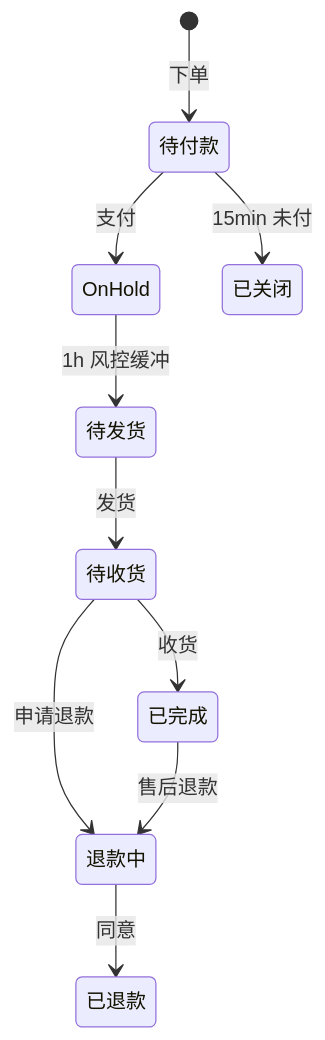
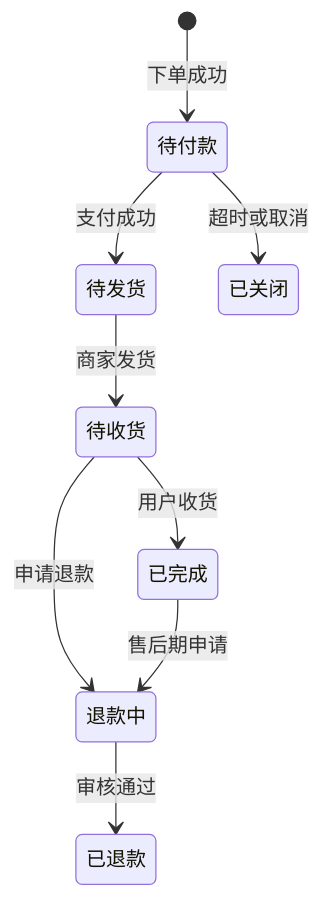
One commit to RedInn7/gomall changed the seventh of 7 diagrams in docs/lecture/00-overview.md. Above: the diagram before and after it, drawn with Mermaid. The commit also changed other lines of this file and 2 other files, not shown here.

````diff
--- a/docs/lecture/00-overview.md
+++ b/docs/lecture/00-overview.md
@@ -405,12 +200,11 @@
 ```mermaid
 stateDiagram-v2
-    [*] --> 待付款: 下单
-    待付款 --> OnHold: 支付
-    OnHold --> 待发货: 1h 风控缓冲
-    待发货 --> 待收货: 发货
-    待收货 --> 已完成: 收货
-    待付款 --> 已关闭: 15min 未付
+    [*] --> 待付款: 下单成功
+    待付款 --> 待发货: 支付成功
+    待付款 --> 已关闭: 超时或取消
+    待发货 --> 待收货: 商家发货
+    待收货 --> 已完成: 用户收货
     待收货 --> 退款中: 申请退款
-    已完成 --> 退款中: 售后退款
-    退款中 --> 已退款: 同意
+    已完成 --> 退款中: 售后期申请
+    退款中 --> 已退款: 审核通过
 ```
````
